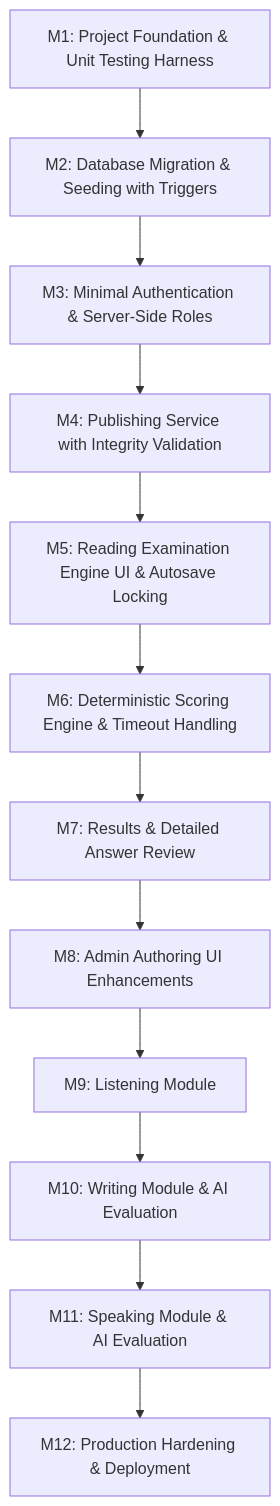
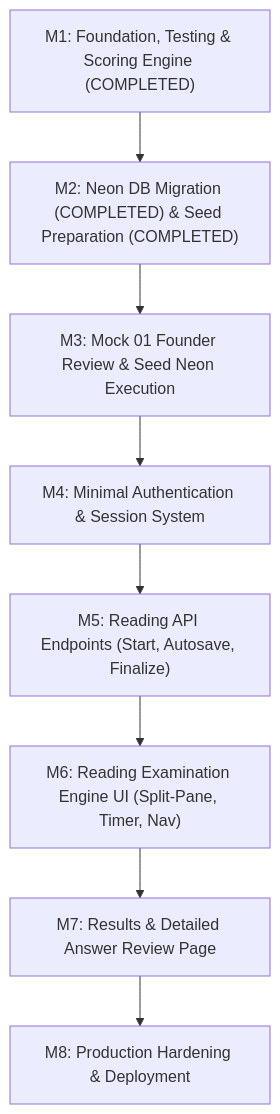
Before and after one commit to Md-Nur/IELTS-Bangla: the diagram in IMPLEMENTATION_PLAN.md, drawn with Mermaid. The commit also changed other lines of this file and 15 other files, not shown here.

Commit message:
Add mock test materials for IELTS Academic Reading, including answer key and test questions

````diff
--- a/IMPLEMENTATION_PLAN.md
+++ b/IMPLEMENTATION_PLAN.md
@@ -15,14 +15,10 @@
 ```mermaid
 flowchart TD
-    M1[M1: Project Foundation & Unit Testing Harness] --> M2[M2: Database Migration & Seeding with Triggers]
-    M2 --> M3[M3: Minimal Authentication & Server-Side Roles]
-    M3 --> M4[M4: Publishing Service with Integrity Validation]
-    M4 --> M5[M5: Reading Examination Engine UI & Autosave Locking]
-    M5 --> M6[M6: Deterministic Scoring Engine & Timeout Handling]
-    M6 --> M7[M7: Results & Detailed Answer Review]
-    M7 --> M8[M8: Admin Authoring UI Enhancements]
-    M8 --> M9[M9: Listening Module]
-    M9 --> M10[M10: Writing Module & AI Evaluation]
-    M10 --> M11[M11: Speaking Module & AI Evaluation]
-    M11 --> M12[M12: Production Hardening & Deployment]
+    M1["M1: Foundation, Testing & Scoring Engine (COMPLETED)"] --> M2["M2: Neon DB Migration (COMPLETED) & Seed Preparation (COMPLETED)"]
+    M2 --> M3["M3: Mock 01 Founder Review & Seed Neon Execution"]
+    M3 --> M4["M4: Minimal Authentication & Session System"]
+    M4 --> M5["M5: Reading API Endpoints (Start, Autosave, Finalize)"]
+    M5 --> M6["M6: Reading Examination Engine UI (Split-Pane, Timer, Nav)"]
+    M6 --> M7["M7: Results & Detailed Answer Review Page"]
+    M7 --> M8["M8: Production Hardening & Deployment"]
 ```
````
